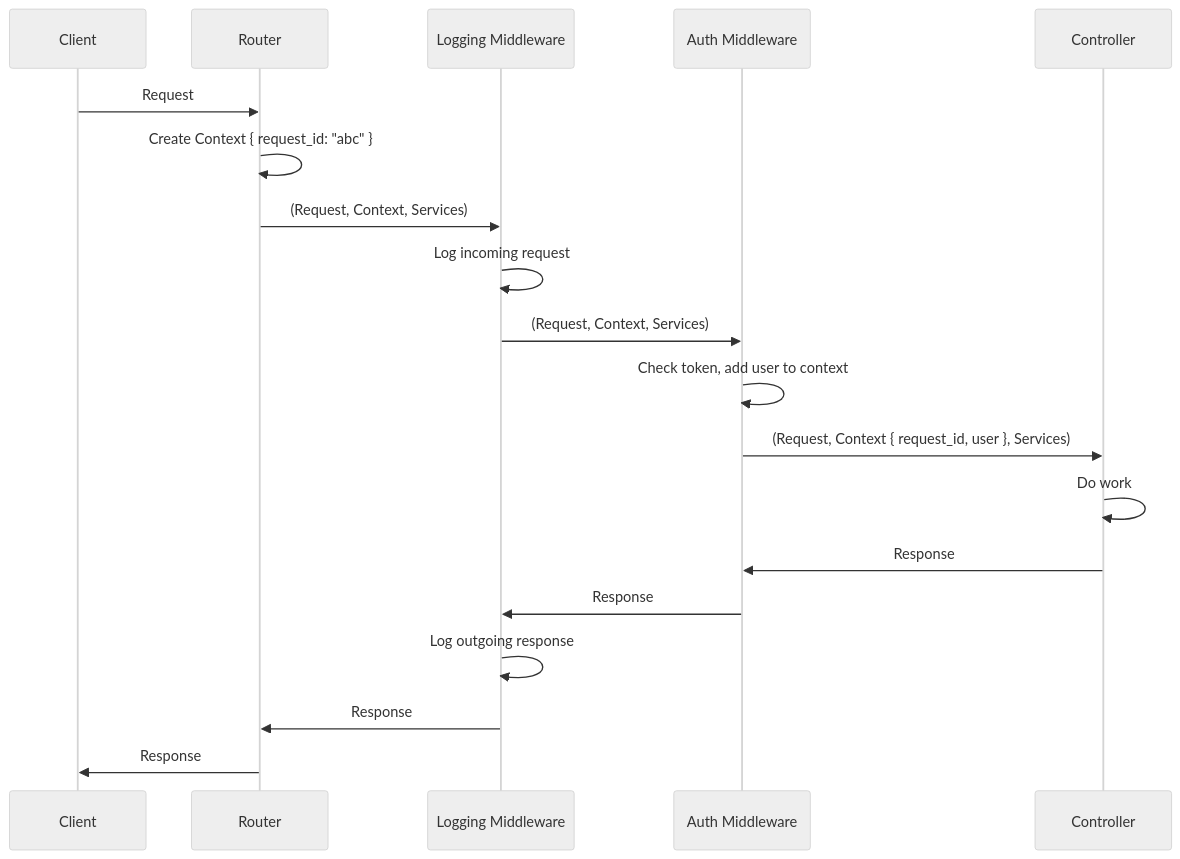
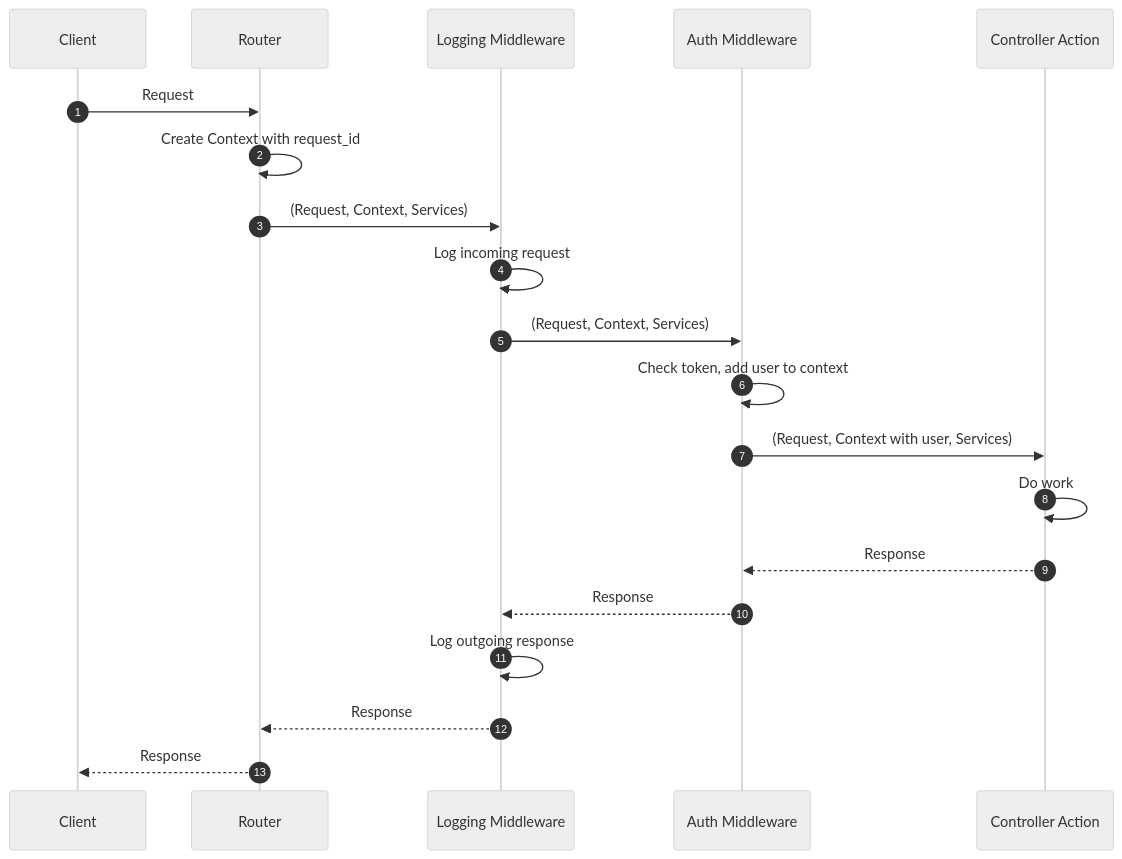
One commit to TrustBound/dream changed the diagram in README.md. Above: the diagram before and after it, drawn with Mermaid (neutral theme). The commit also changed other lines of this file and 65 other files, not shown here.

````diff
--- a/README.md
+++ b/README.md
@@ -69,22 +75,23 @@
 ```mermaid
 sequenceDiagram
+    autonumber
     participant Client
     participant Router
     participant Logging as Logging Middleware
     participant Auth as Auth Middleware
-    participant Controller
+    participant Controller as Controller Action
     
     Client->>Router: Request
-    Router->>Router: Create Context { request_id: "abc" }
+    Router->>Router: Create Context with request_id
     Router->>Logging: (Request, Context, Services)
     Logging->>Logging: Log incoming request
     Logging->>Auth: (Request, Context, Services)
     Auth->>Auth: Check token, add user to context
-    Auth->>Controller: (Request, Context { request_id, user }, Services)
+    Auth->>Controller: (Request, Context with user, Services)
     Controller->>Controller: Do work
-    Controller->>Auth: Response
-    Auth->>Logging: Response
+    Controller-->>Auth: Response
+    Auth-->>Logging: Response
     Logging->>Logging: Log outgoing response
-    Logging->>Router: Response
-    Router->>Client: Response
+    Logging-->>Router: Response
+    Router-->>Client: Response
 ```
````
